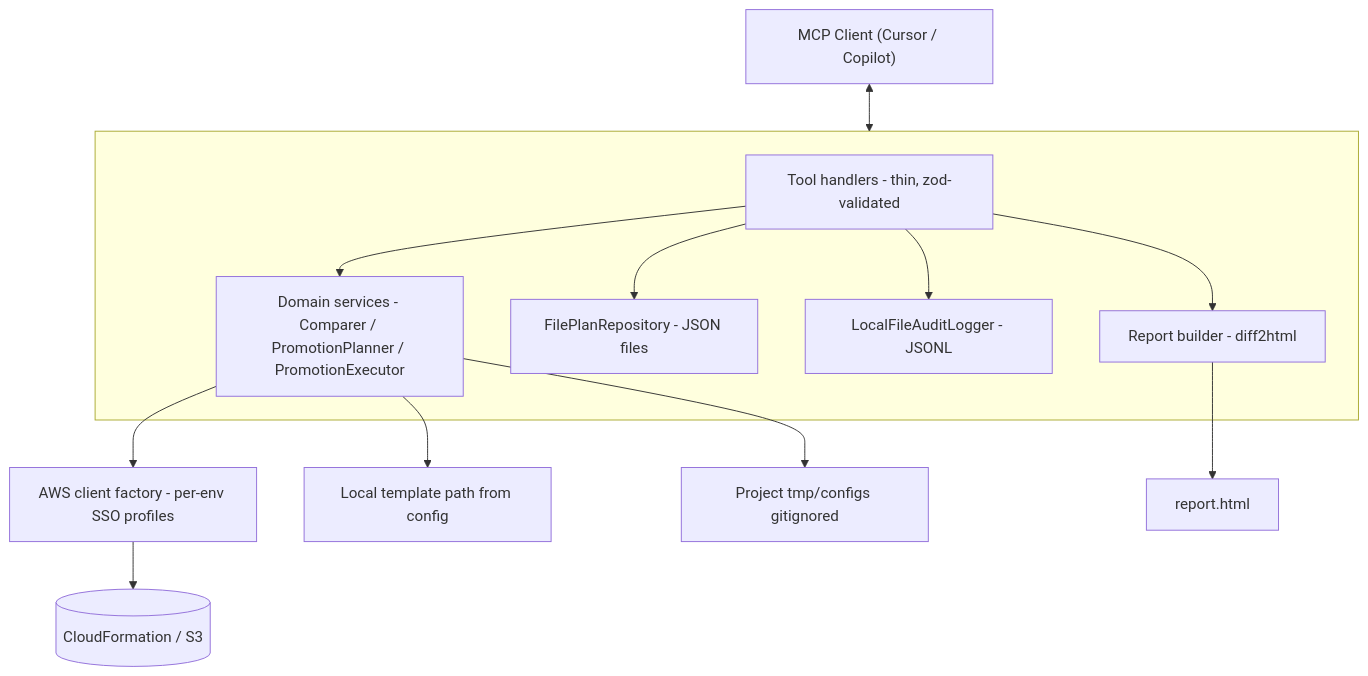
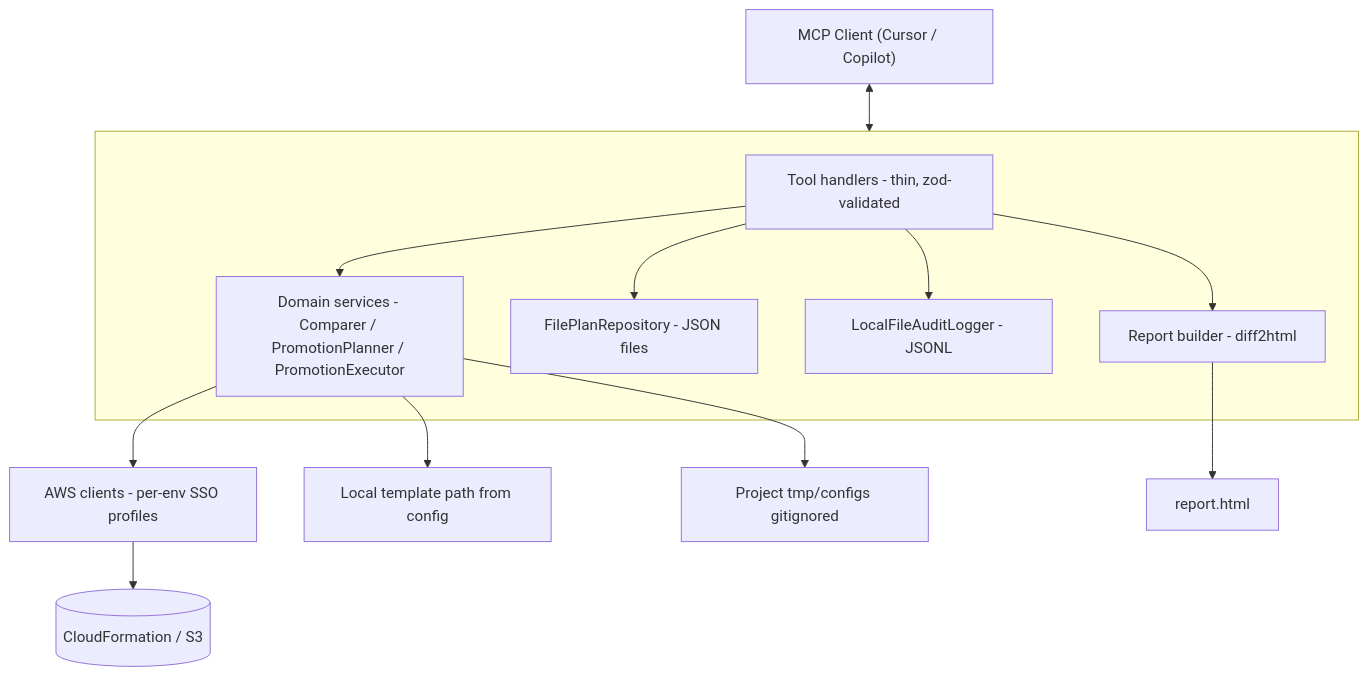
Before and after one commit to Hitesh1326/promoteops: the diagram in docs/plan.md, drawn with Mermaid. The commit also changed other lines of this file and 2 other files, not shown here.

Commit message:
Add AWS client configs

````diff
--- a/docs/plan.md
+++ b/docs/plan.md
@@ -87,24 +87,24 @@
 ```mermaid
 flowchart TB
     Client["MCP Client (Cursor / Copilot)"] <--> Server[MCP Server process]
 
     subgraph Server[" "]
         Tools[Tool handlers - thin, zod-validated]
         Domain[Domain services - Comparer / PromotionPlanner / PromotionExecutor]
         PlanStore[FilePlanRepository - JSON files]
         Audit[LocalFileAuditLogger - JSONL]
         Report[Report builder - diff2html]
     end
 
     Tools --> Domain
     Tools --> PlanStore
     Tools --> Audit
     Tools --> Report
 
-    Domain --> AWSFactory[AWS client factory - per-env SSO profiles]
+    Domain --> AwsClients[AWS clients - per-env SSO profiles]
     Domain --> LocalTemplates[Local template path from config]
     Domain --> ConfigTemp[Project tmp/configs gitignored]
 
-    AWSFactory --> AWS[("CloudFormation / S3")]
+    AwsClients --> AWS[("CloudFormation / S3")]
     Report --> HTML[report.html]
 ```
````
